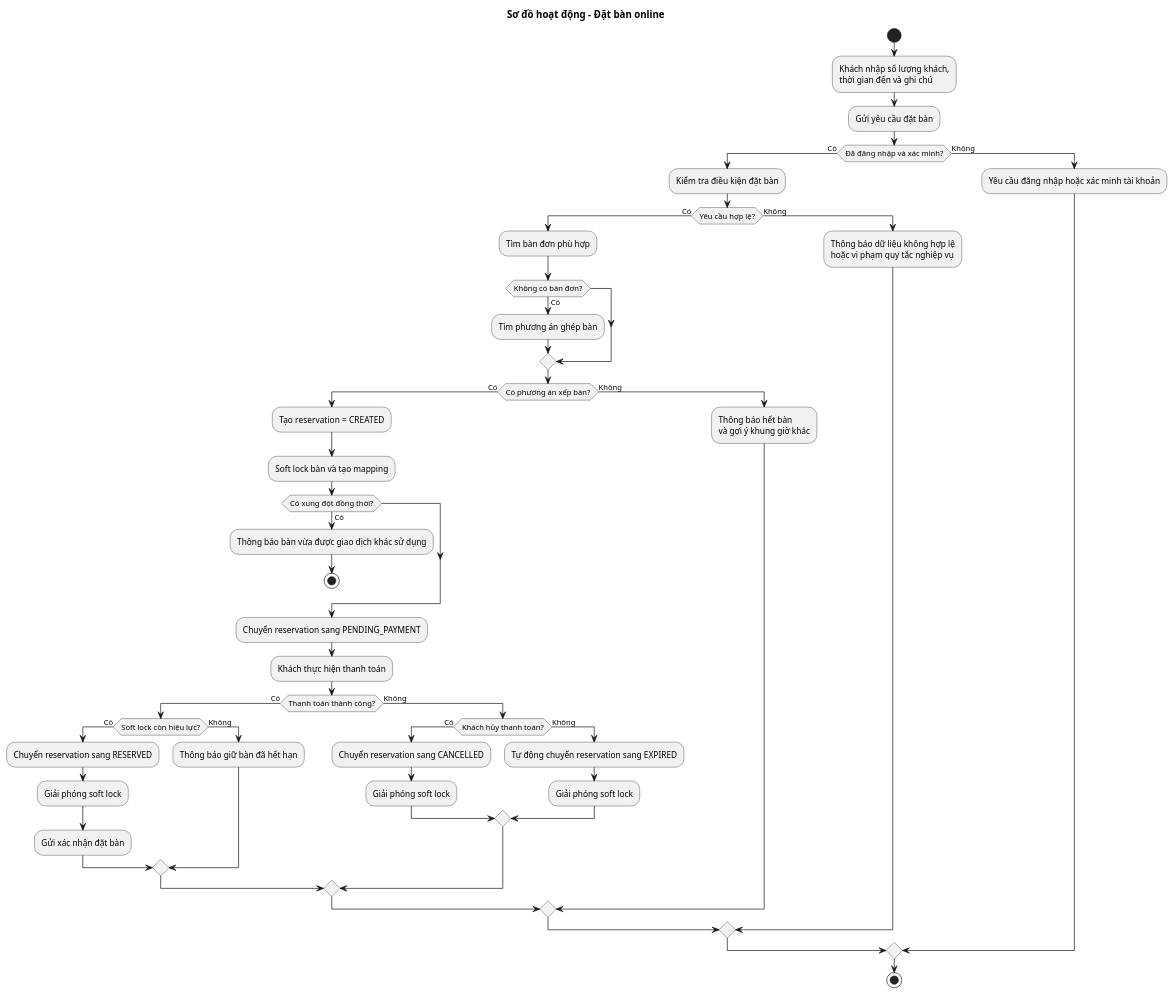
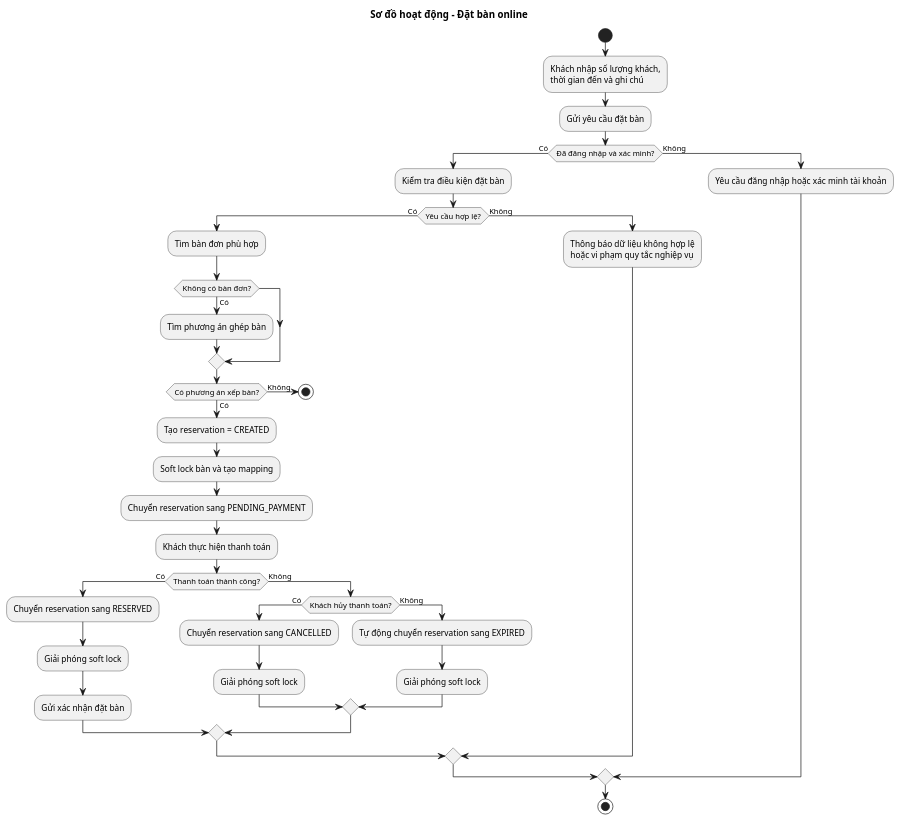
One commit to QuangLam0208/restaurant-reservation-system changed the diagram in docs/uml/activity-booking-online.puml. Above: the diagram before and after it, drawn with PlantUML. The commit also changed 4 other files, not shown here.

```diff
--- a/docs/uml/activity-booking-online.puml
+++ b/docs/uml/activity-booking-online.puml
@@ -1,56 +1,50 @@
 @startuml
 title Sơ đồ hoạt động - Đặt bàn online
 skinparam conditionStyle inside
 
 start
 :Khách nhập số lượng khách,\nthời gian đến và ghi chú;
 :Gửi yêu cầu đặt bàn;
 
 if (Đã đăng nhập và xác minh?) then (Có)
   :Kiểm tra điều kiện đặt bàn;
   if (Yêu cầu hợp lệ?) then (Có)
     :Tìm bàn đơn phù hợp;
     if (Không có bàn đơn?) then (Có)
       :Tìm phương án ghép bàn;
     endif
 
     if (Có phương án xếp bàn?) then (Có)
       :Tạo reservation = CREATED;
       :Soft lock bàn và tạo mapping;
-      if (Có xung đột đồng thời?) then (Có)
-        :Thông báo bàn vừa được giao dịch khác sử dụng;
-        stop
-      endif
+
 
       :Chuyển reservation sang PENDING_PAYMENT;
       :Khách thực hiện thanh toán;
 
       if (Thanh toán thành công?) then (Có)
-        if (Soft lock còn hiệu lực?) then (Có)
+
           :Chuyển reservation sang RESERVED;
           :Giải phóng soft lock;
           :Gửi xác nhận đặt bàn;
-        else (Không)
-          :Thông báo giữ bàn đã hết hạn;
-        endif
       else (Không)
         if (Khách hủy thanh toán?) then (Có)
           :Chuyển reservation sang CANCELLED;
           :Giải phóng soft lock;
         else (Không)
           :Tự động chuyển reservation sang EXPIRED;
           :Giải phóng soft lock;
         endif
       endif
     else (Không)
-      :Thông báo hết bàn\nvà gợi ý khung giờ khác;
+    stop
     endif
   else (Không)
     :Thông báo dữ liệu không hợp lệ\nhoặc vi phạm quy tắc nghiệp vụ;
   endif
 else (Không)
   :Yêu cầu đăng nhập hoặc xác minh tài khoản;
 endif
 
 stop
 @enduml
```
